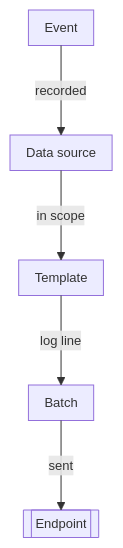
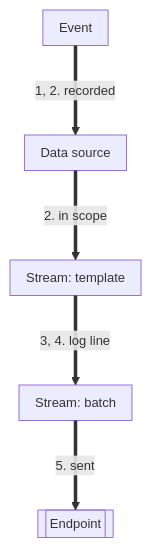
Before and after one commit to aziontech/docs: the first of 3 diagrams in apps/docs/src/content/docs/en/pages/observe/data-stream/how-it-works.mdx, drawn with Mermaid. The commit also changed other lines of this file and 92 other files, not shown here.

Commit message:
fix(data-stream): test the Data Stream section against the product and correct the pages (#2714)

````diff
--- a/apps/docs/src/content/docs/en/pages/observe/data-stream/how-it-works.mdx
+++ b/apps/docs/src/content/docs/en/pages/observe/data-stream/how-it-works.mdx
@@ -26,8 +28,13 @@
 ```mermaid
 %%{init: {"layout": "elk", "themeVariables": {"fontSize": "13px"}, "flowchart": {"nodeSpacing": 24, "rankSpacing": 36, "padding": 8, "wrappingWidth": 150, "useMaxWidth": true}, "sequence": {"width": 120, "actorMargin": 30, "useMaxWidth": true}}}%%
 flowchart TD
-  Ev["Event"] -->|"recorded"| Src["Data source"]
-  Src -->|"in scope"| Tpl["Template"]
-  Tpl -->|"log line"| Bat["Batch"]
-  Bat -->|"sent"| End[["Endpoint"]]
+  Ev["Event"]
+  Src["Data source"]
+  Tpl["Stream: template"]
+  Bat["Stream: batch"]
+  End[["Endpoint"]]
+  Ev ==>|"1, 2. recorded"| Src
+  Src ==>|"2. in scope"| Tpl
+  Tpl ==>|"3, 4. log line"| Bat
+  Bat ==>|"5. sent"| End
 ```
````
